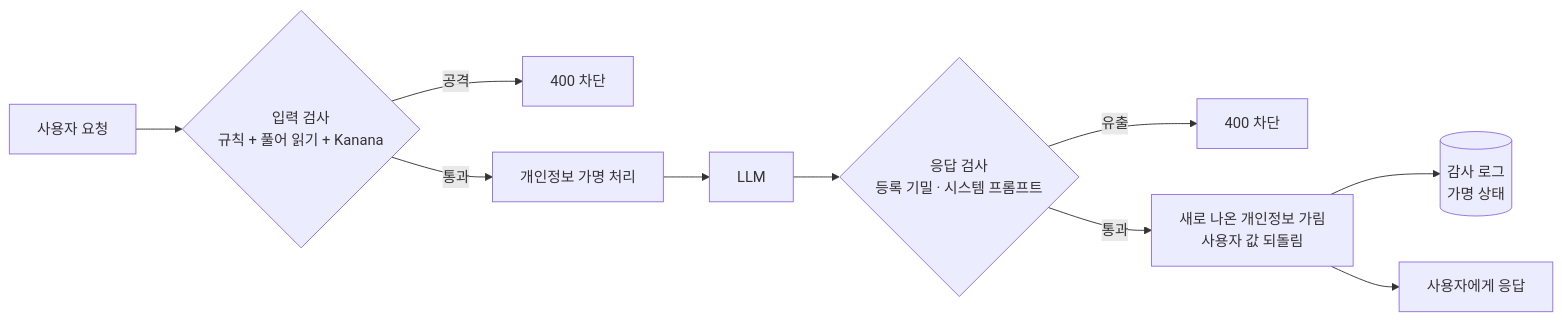
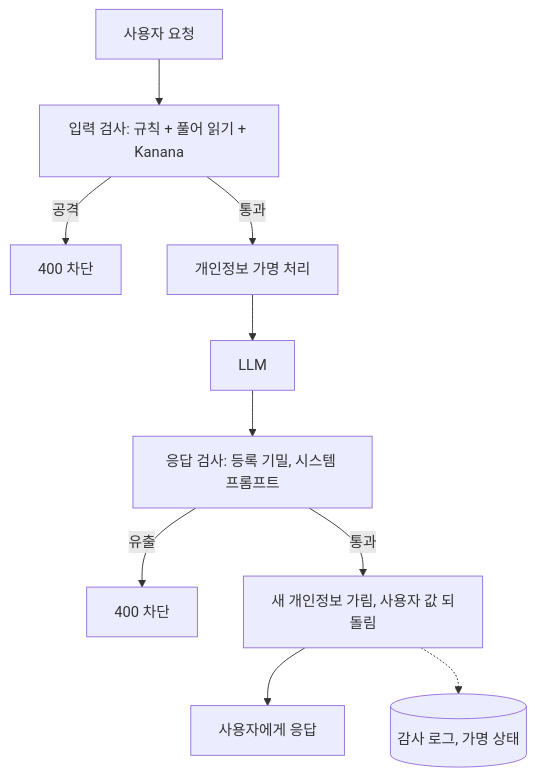
One commit to clae-dev/zt-llm-gateway changed the diagram in README.md. Above: the diagram before and after it, drawn with Mermaid.

Commit message:
README: 처리 순서 그림을 세로로

````diff
--- a/README.md
+++ b/README.md
@@ -114,12 +114,12 @@
 ```mermaid
-flowchart LR
-    U[사용자 요청] --> I{입력 검사<br>규칙 + 풀어 읽기 + Kanana}
+flowchart TD
+    U[사용자 요청] --> I[입력 검사: 규칙 + 풀어 읽기 + Kanana]
     I -- 공격 --> B1[400 차단]
     I -- 통과 --> M[개인정보 가명 처리]
     M --> L[LLM]
-    L --> O{응답 검사<br>등록 기밀 · 시스템 프롬프트}
+    L --> O[응답 검사: 등록 기밀, 시스템 프롬프트]
     O -- 유출 --> B2[400 차단]
-    O -- 통과 --> R[새로 나온 개인정보 가림<br>사용자 값 되돌림]
-    R --> A[(감사 로그<br>가명 상태)]
+    O -- 통과 --> R[새 개인정보 가림, 사용자 값 되돌림]
     R --> U2[사용자에게 응답]
+    R -.-> A[(감사 로그, 가명 상태)]
 ```
````
